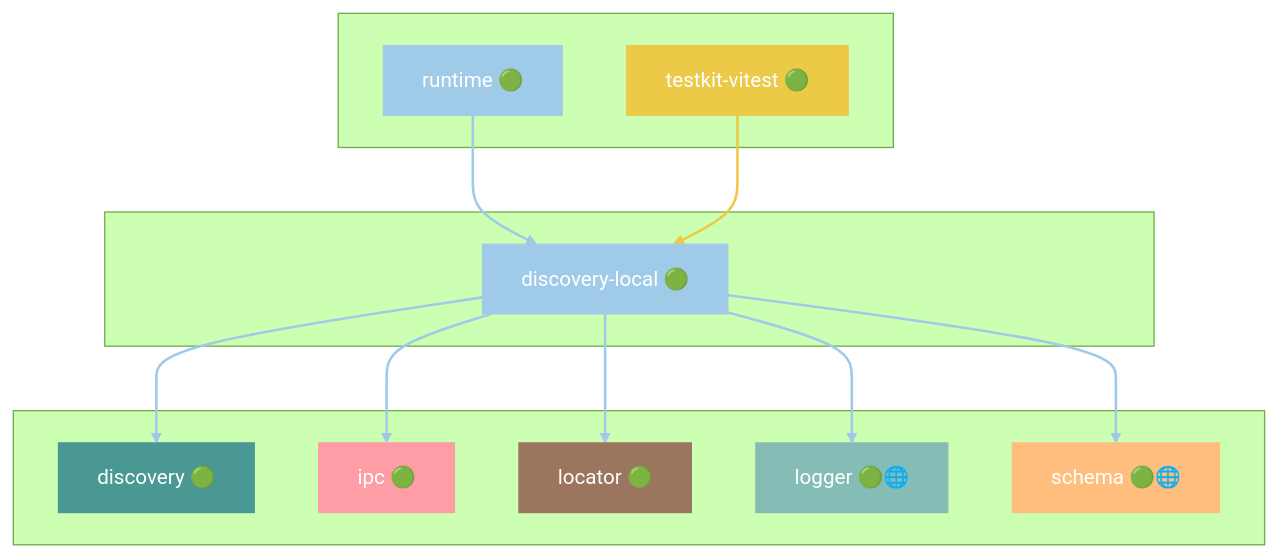
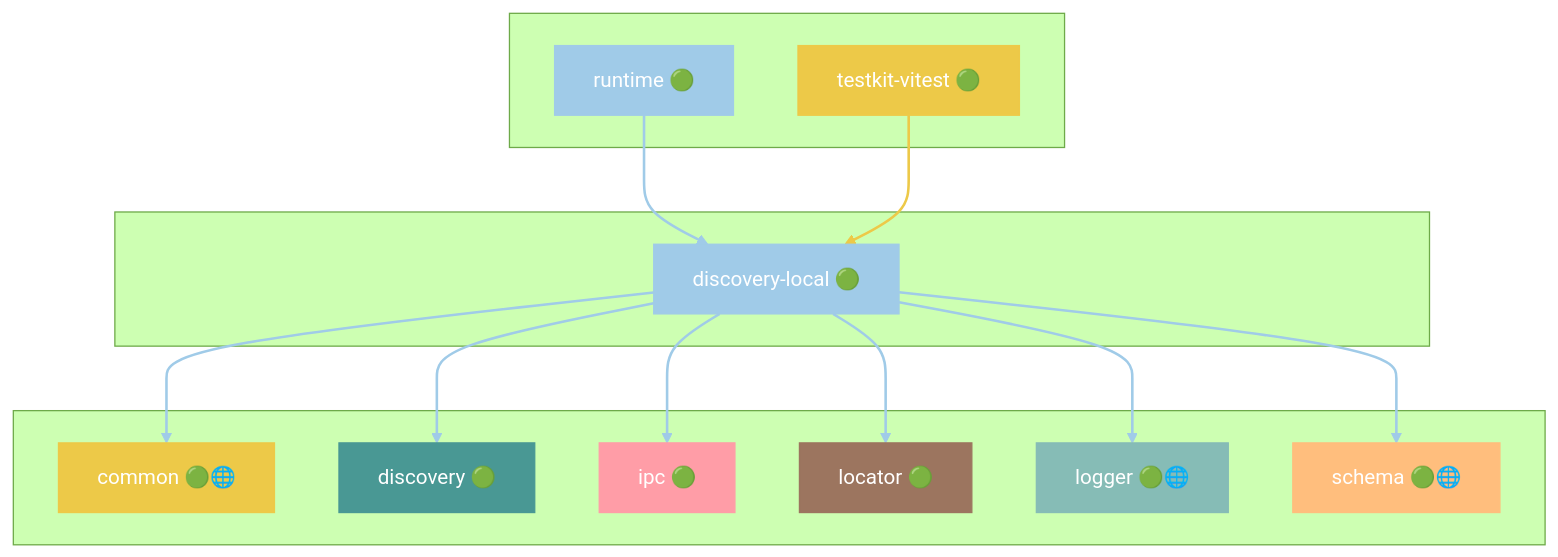
Diagram 17 of 46 in docs/DEPENDENCIES.md (grest-ts/grest-ts), drawn with Mermaid (forest theme) before and after one commit. The commit also changed other lines of this file and 11 other files, not shown here.

````diff
--- a/docs/DEPENDENCIES.md
+++ b/docs/DEPENDENCIES.md
@@ -957,39 +981,43 @@
 ```mermaid
 flowchart TB
     subgraph Dependents[" "]
         runtime["runtime 🟢"]
         testkit-vitest["testkit-vitest 🟢"]
     end
     subgraph Package[" "]
         discovery-local["discovery-local 🟢"]
     end
     subgraph Dependencies[" "]
+        common["common 🟢🌐"]
         discovery["discovery 🟢"]
         ipc["ipc 🟢"]
         locator["locator 🟢"]
         logger["logger 🟢🌐"]
         schema["schema 🟢🌐"]
     end
     runtime --> discovery-local
     testkit-vitest --> discovery-local
+    discovery-local --> common
     discovery-local --> discovery
     discovery-local --> ipc
     discovery-local --> locator
     discovery-local --> logger
     discovery-local --> schema
     style discovery-local fill:#A0CBE8,stroke:#A0CBE8,color:#fff
     style runtime fill:#A0CBE8,stroke:#A0CBE8,color:#fff
     style testkit-vitest fill:#EDC948,stroke:#EDC948,color:#fff
+    style common fill:#EDC948,stroke:#EDC948,color:#fff
     style discovery fill:#499894,stroke:#499894,color:#fff
     style ipc fill:#FF9DA7,stroke:#FF9DA7,color:#fff
     style locator fill:#9C755F,stroke:#9C755F,color:#fff
     style logger fill:#86BCB6,stroke:#86BCB6,color:#fff
     style schema fill:#FFBE7D,stroke:#FFBE7D,color:#fff
     linkStyle 0 stroke:#A0CBE8,stroke-width:2px
     linkStyle 1 stroke:#EDC948,stroke-width:2px
     linkStyle 2 stroke:#A0CBE8,stroke-width:2px
     linkStyle 3 stroke:#A0CBE8,stroke-width:2px
     linkStyle 4 stroke:#A0CBE8,stroke-width:2px
     linkStyle 5 stroke:#A0CBE8,stroke-width:2px
     linkStyle 6 stroke:#A0CBE8,stroke-width:2px
+    linkStyle 7 stroke:#A0CBE8,stroke-width:2px
 ```
````
